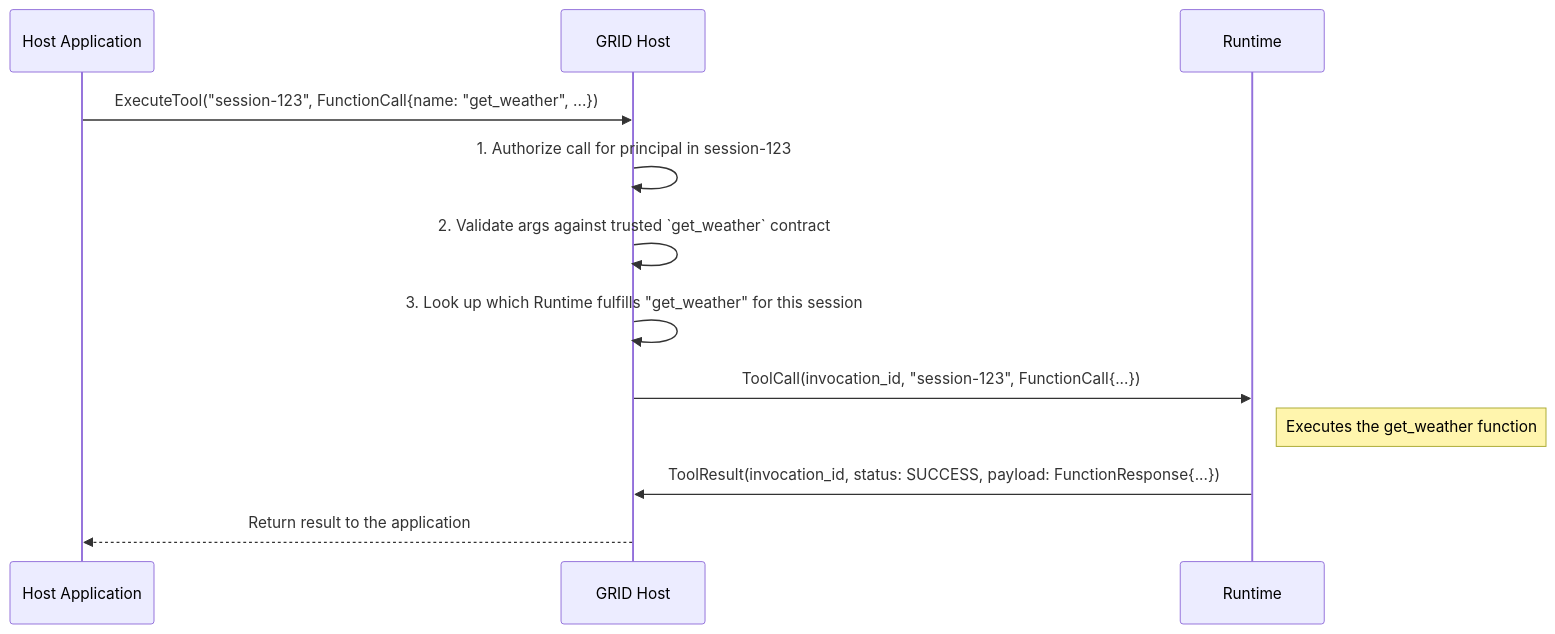
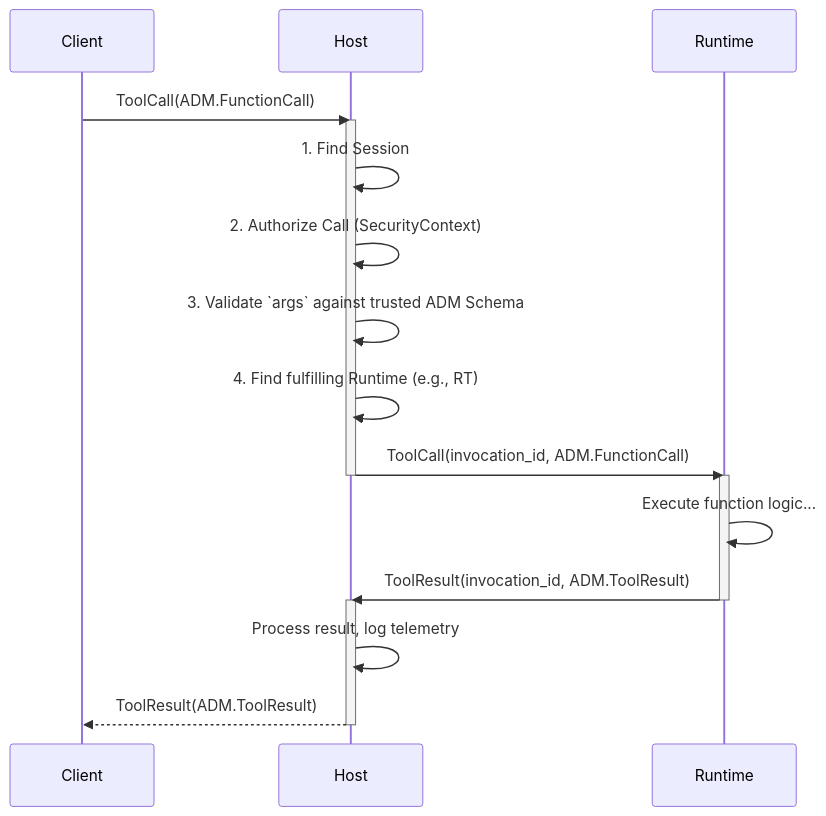
One commit to nshkrdotcom/ALTAR changed the fourth of 4 diagrams in specs/03-grid-protocol/README.md. Above: the diagram before and after it, drawn with Mermaid. The commit also changed other lines of this file, not shown here.

First line of the commit message:
Synthesizes historical design documents into the formal GRID v1.0 specification.

````diff
--- a/specs/03-grid-protocol/README.md
+++ b/specs/03-grid-protocol/README.md
@@ -219,17 +248,23 @@
 ```mermaid
 sequenceDiagram
-    participant Client as Host Application
-    participant Host as GRID Host
+    participant C as Client
+    participant H as Host
     participant RT as Runtime
-    
-    Client->>Host: ExecuteTool("session-123", FunctionCall{name: "get_weather", ...})
-    Host->>Host: 1. Authorize call for principal in session-123
-    Host->>Host: 2. Validate args against trusted `get_weather` contract
-    Host->>Host: 3. Look up which Runtime fulfills "get_weather" for this session
-    Host->>RT: ToolCall(invocation_id, "session-123", FunctionCall{...})
-    
-    Note right of RT: Executes the get_weather function
-    
-    RT->>Host: ToolResult(invocation_id, status: SUCCESS, payload: FunctionResponse{...})
-    Host-->>Client: Return result to the application
+
+    C->>H: ToolCall(ADM.FunctionCall)
+    activate H
+    H->>H: 1. Find Session
+    H->>H: 2. Authorize Call (SecurityContext)
+    H->>H: 3. Validate `args` against trusted ADM Schema
+    H->>H: 4. Find fulfilling Runtime (e.g., RT)
+    H->>RT: ToolCall(invocation_id, ADM.FunctionCall)
+    deactivate H
+    activate RT
+    RT->>RT: Execute function logic...
+    RT->>H: ToolResult(invocation_id, ADM.ToolResult)
+    deactivate RT
+    activate H
+    H->>H: Process result, log telemetry
+    H-->>C: ToolResult(ADM.ToolResult)
+    deactivate H
 ```
````
